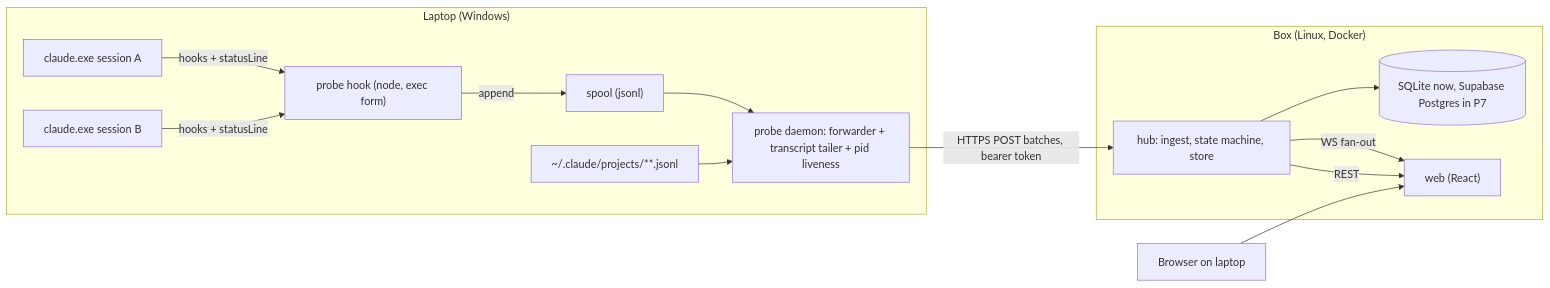
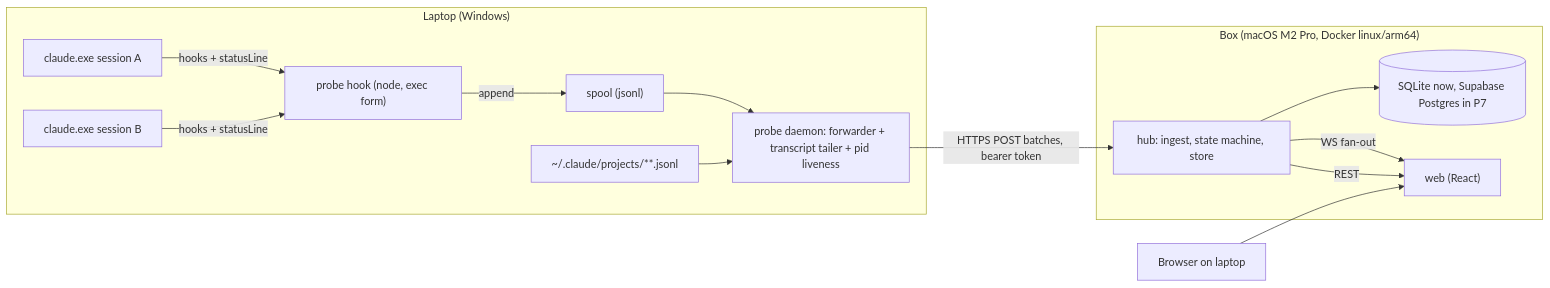
One commit to stack-dev-personal/sessiondeck changed the diagram in docs/planning/01-architecture.md. Above: the diagram before and after it, drawn with Mermaid. The commit also changed other lines of this file and 9 other files, not shown here.

````diff
--- a/docs/planning/01-architecture.md
+++ b/docs/planning/01-architecture.md
@@ -24,17 +24,17 @@
 ```mermaid
 flowchart LR
   subgraph laptop["Laptop (Windows)"]
     CC1["claude.exe session A"] -->|hooks + statusLine| PR["probe hook (node, exec form)"]
     CC2["claude.exe session B"] -->|hooks + statusLine| PR
     PR -->|append| SP["spool (jsonl)"]
     SP --> FW["probe daemon: forwarder + transcript tailer + pid liveness"]
     TR["~/.claude/projects/**.jsonl"] --> FW
   end
   FW -->|HTTPS POST batches, bearer token| HUB
-  subgraph box["Box (Linux, Docker)"]
+  subgraph box["Box (macOS M2 Pro, Docker linux/arm64)"]
     HUB["hub: ingest, state machine, store"] --> DB[("SQLite now, Supabase Postgres in P7")]
     HUB -->|WS fan-out| WEB["web (React)"]
     HUB -->|REST| WEB
   end
   BR["Browser on laptop"] --> WEB
 ```
````
